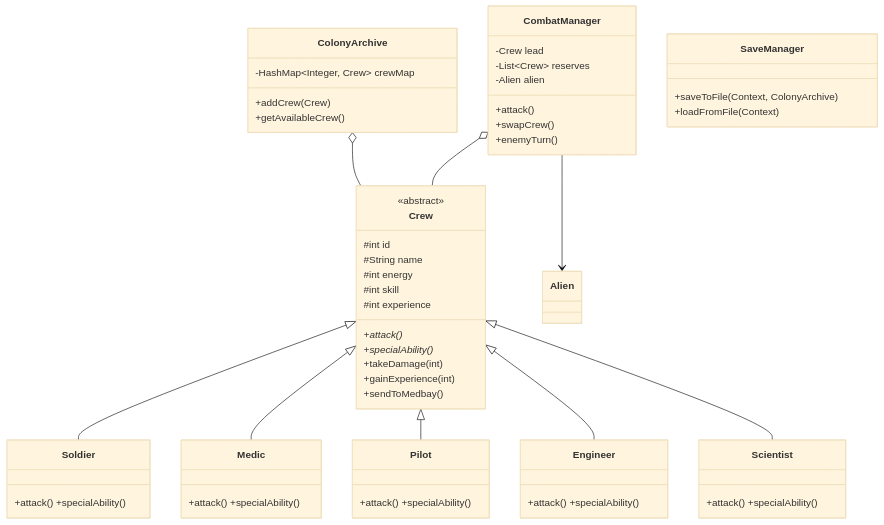
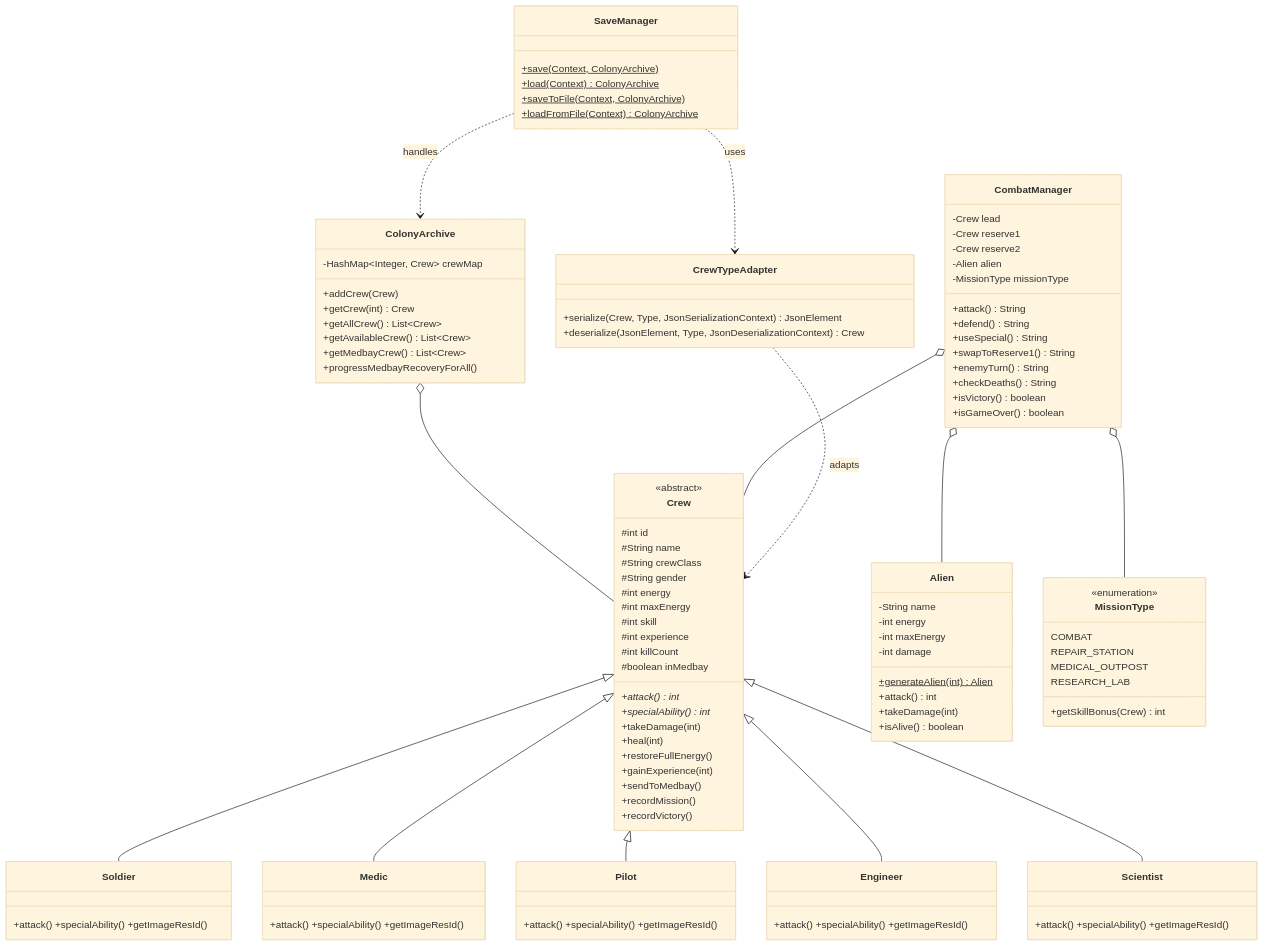
The diagram in README.md (ZuhayrZaman/SpaceColony), drawn with Mermaid (base theme) before and after one commit.

````diff
--- a/README.md
+++ b/README.md
@@ -66,20 +66,29 @@
         <<abstract>>
         #int id
         #String name
+        #String crewClass
+        #String gender
         #int energy
+        #int maxEnergy
         #int skill
         #int experience
-        +attack()*
-        +specialAbility()*
+        #int killCount
+        #boolean inMedbay
+        +attack()* int
+        +specialAbility()* int
         +takeDamage(int)
+        +heal(int)
+        +restoreFullEnergy()
         +gainExperience(int)
         +sendToMedbay()
+        +recordMission()
+        +recordVictory()
     }
-    class Soldier { +attack() +specialAbility() }
-    class Medic { +attack() +specialAbility() }
-    class Pilot { +attack() +specialAbility() }
-    class Engineer { +attack() +specialAbility() }
-    class Scientist { +attack() +specialAbility() }
+    class Soldier { +attack() +specialAbility() +getImageResId() }
+    class Medic { +attack() +specialAbility() +getImageResId() }
+    class Pilot { +attack() +specialAbility() +getImageResId() }
+    class Engineer { +attack() +specialAbility() +getImageResId() }
+    class Scientist { +attack() +specialAbility() +getImageResId() }
     
     Crew <|-- Soldier
     Crew <|-- Medic
@@ -87,27 +96,69 @@
     Crew <|-- Engineer
     Crew <|-- Scientist
 
+    class Alien {
+        -String name
+        -int energy
+        -int maxEnergy
+        -int damage
+        +generateAlien(int)$ Alien
+        +attack() int
+        +takeDamage(int)
+        +isAlive() boolean
+    }
+
     class ColonyArchive {
         -HashMap~Integer, Crew~ crewMap
         +addCrew(Crew)
-        +getAvailableCrew()
+        +getCrew(int) Crew
+        +getAllCrew() List~Crew~
+        +getAvailableCrew() List~Crew~
+        +getMedbayCrew() List~Crew~
+        +progressMedbayRecoveryForAll()
     }
     
     class CombatManager {
         -Crew lead
-        -List~Crew~ reserves
+        -Crew reserve1
+        -Crew reserve2
         -Alien alien
-        +attack()
-        +swapCrew()
-        +enemyTurn()
+        -MissionType missionType
+        +attack() String
+        +defend() String
+        +useSpecial() String
+        +swapToReserve1() String
+        +enemyTurn() String
+        +checkDeaths() String
+        +isVictory() boolean
+        +isGameOver() boolean
     }
     
+    class MissionType {
+        <<enumeration>>
+        COMBAT
+        REPAIR_STATION
+        MEDICAL_OUTPOST
+        RESEARCH_LAB
+        +getSkillBonus(Crew) int
+    }
+
     class SaveManager {
-        +saveToFile(Context, ColonyArchive)
-        +loadFromFile(Context)
+        +save(Context, ColonyArchive)$
+        +load(Context)$ ColonyArchive
+        +saveToFile(Context, ColonyArchive)$
+        +loadFromFile(Context)$ ColonyArchive
+    }
+
+    class CrewTypeAdapter {
+        +serialize(Crew, Type, JsonSerializationContext) JsonElement
+        +deserialize(JsonElement, Type, JsonDeserializationContext) Crew
     }
 
     ColonyArchive o-- Crew
     CombatManager o-- Crew
-    CombatManager --> Alien
+    CombatManager o-- Alien
+    CombatManager o-- MissionType
+    SaveManager ..> ColonyArchive : handles
+    SaveManager ..> CrewTypeAdapter : uses
+    CrewTypeAdapter ..> Crew : adapts
 ```
````
